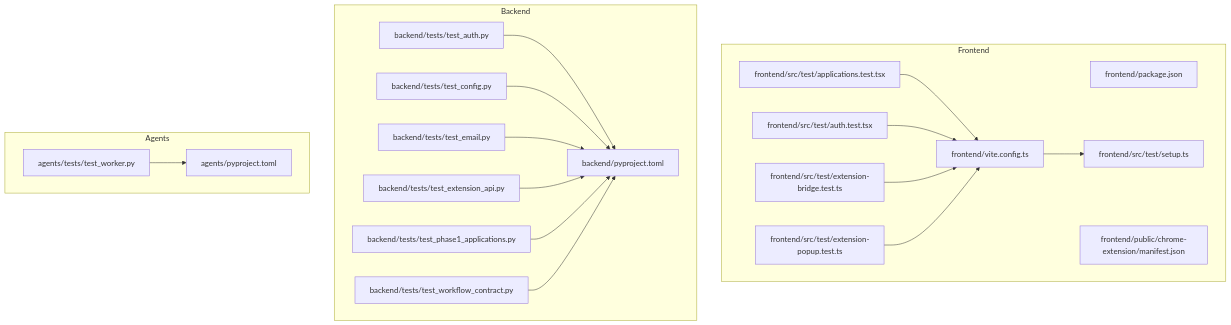
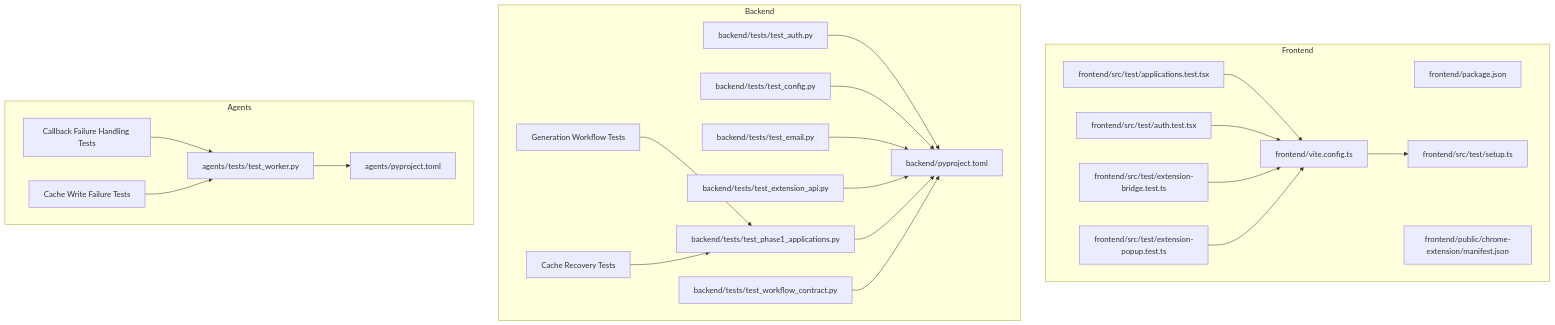
One commit to sankaL/resume-app changed the first of 7 diagrams in .qoder/repowiki/en/content/Testing Strategy/Testing Strategy.md. Above: the diagram before and after it, drawn with Mermaid. The commit also changed other lines of this file and 5 other files, not shown here.

````diff
--- a/.qoder/repowiki/en/content/Testing Strategy/Testing Strategy.md
+++ b/.qoder/repowiki/en/content/Testing Strategy/Testing Strategy.md
@@ -46,38 +58,46 @@
 ```mermaid
 graph TB
 subgraph "Frontend"
 FE_PKG["frontend/package.json"]
 FE_VITEST["frontend/vite.config.ts"]
 FE_SETUP["frontend/src/test/setup.ts"]
 FE_APPS["frontend/src/test/applications.test.tsx"]
 FE_AUTH["frontend/src/test/auth.test.tsx"]
 FE_EXT_BRIDGE["frontend/src/test/extension-bridge.test.ts"]
 FE_EXT_POPUP["frontend/src/test/extension-popup.test.ts"]
 FE_MANIFEST["frontend/public/chrome-extension/manifest.json"]
 end
 subgraph "Backend"
 BE_PYPROJ["backend/pyproject.toml"]
 BE_AUTH_T["backend/tests/test_auth.py"]
 BE_CFG_T["backend/tests/test_config.py"]
 BE_EMAIL_T["backend/tests/test_email.py"]
 BE_EXT_API_T["backend/tests/test_extension_api.py"]
 BE_PHASE1_T["backend/tests/test_phase1_applications.py"]
 BE_WORKFLOW_T["backend/tests/test_workflow_contract.py"]
+BE_GEN_WORKFLOW["Generation Workflow Tests"]
+BE_CACHE_RECOVERY["Cache Recovery Tests"]
 end
 subgraph "Agents"
 AG_PYPROJ["agents/pyproject.toml"]
 AG_TEST["agents/tests/test_worker.py"]
+AG_CALLBACK_HANDLING["Callback Failure Handling Tests"]
+AG_CACHE_WRITE["Cache Write Failure Tests"]
 end
 FE_APPS --> FE_VITEST
 FE_AUTH --> FE_VITEST
 FE_EXT_BRIDGE --> FE_VITEST
 FE_EXT_POPUP --> FE_VITEST
 FE_VITEST --> FE_SETUP
 BE_AUTH_T --> BE_PYPROJ
 BE_CFG_T --> BE_PYPROJ
 BE_EMAIL_T --> BE_PYPROJ
 BE_EXT_API_T --> BE_PYPROJ
 BE_PHASE1_T --> BE_PYPROJ
 BE_WORKFLOW_T --> BE_PYPROJ
+BE_GEN_WORKFLOW --> BE_PHASE1_T
+BE_CACHE_RECOVERY --> BE_PHASE1_T
 AG_TEST --> AG_PYPROJ
+AG_CALLBACK_HANDLING --> AG_TEST
+AG_CACHE_WRITE --> AG_TEST
 ```
````
